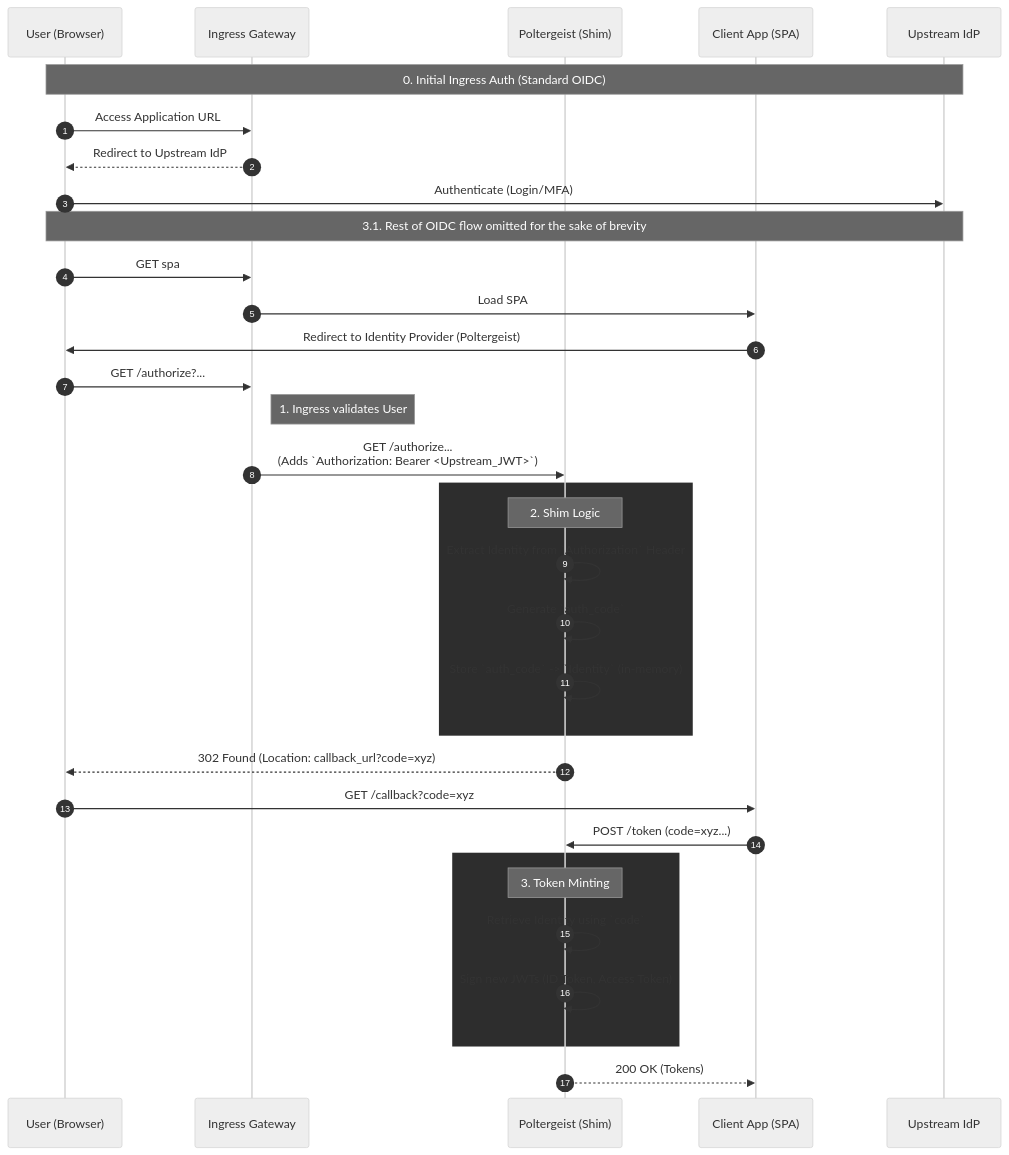
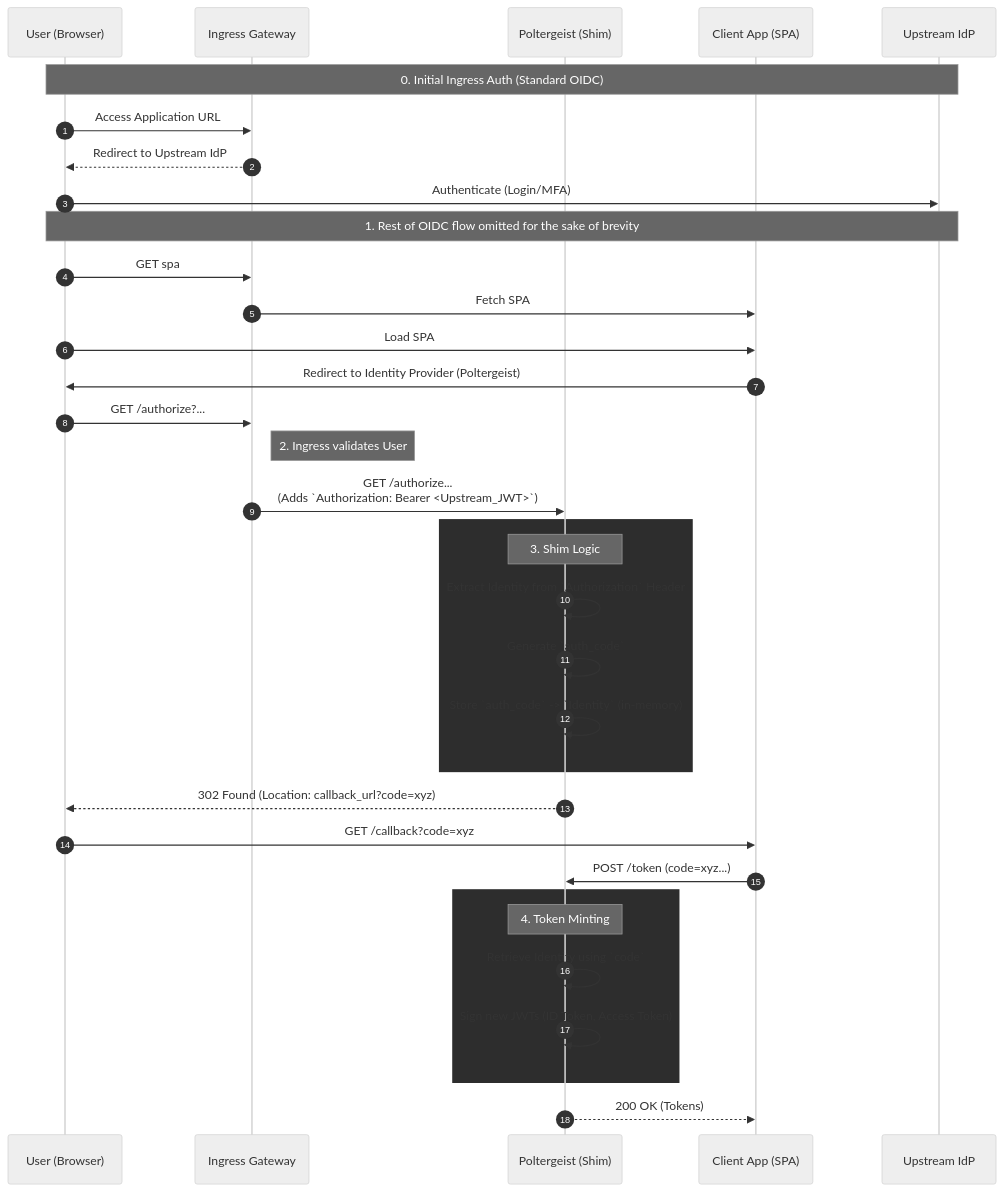
Before and after one commit to calamity-m/poltergeist: the diagram in README.md, drawn with Mermaid (neutral theme).

Commit message:
fix: number notes correctly

````diff
--- a/README.md
+++ b/README.md
@@ -15,43 +15,44 @@
 ```mermaid
 sequenceDiagram
     autonumber
     participant User as User (Browser)
     participant Ingress as Ingress Gateway
     participant Poltergeist as Poltergeist (Shim)
     participant Client as Client App (SPA)
     participant Upstream as Upstream IdP
 
     Note over User, Upstream: 0. Initial Ingress Auth (Standard OIDC)
     User->>Ingress: Access Application URL
     Ingress-->>User: Redirect to Upstream IdP
     User->>Upstream: Authenticate (Login/MFA)
-    Note over User, Upstream: 3.1. Rest of OIDC flow omitted for the sake of brevity
+    Note over User, Upstream: 1. Rest of OIDC flow omitted for the sake of brevity
     
     User->>Ingress: GET spa
-    Ingress->>Client: Load SPA
+    Ingress->>Client: Fetch SPA
+    User->>Client: Load SPA
     Client->>User: Redirect to Identity Provider (Poltergeist)
     
     User->>Ingress: GET /authorize?...
-    Note right of Ingress: 1. Ingress validates User
+    Note right of Ingress: 2. Ingress validates User
     Ingress->>Poltergeist: GET /authorize... <br/>(Adds `Authorization: Bearer <Upstream_JWT>`)
     
     rect rgb(45, 45, 45)
-    Note over Poltergeist: 2. Shim Logic
+    Note over Poltergeist: 3. Shim Logic
     Poltergeist->>Poltergeist: Extract Identity from `Authorization` Header
     Poltergeist->>Poltergeist: Generate `auth_code`
     Poltergeist->>Poltergeist: Store `auth_code` -> `Identity` (in-memory)
     end
     
     Poltergeist-->>User: 302 Found (Location: callback_url?code=xyz)
     
     User->>Client: GET /callback?code=xyz
     Client->>Poltergeist: POST /token (code=xyz...)
     
     rect rgb(45, 45, 45)
-    Note over Poltergeist: 3. Token Minting
+    Note over Poltergeist: 4. Token Minting
     Poltergeist->>Poltergeist: Retrieve Identity using `code`
     Poltergeist->>Poltergeist: Sign new JWTs (ID Token, Access Token)
     end
     
     Poltergeist-->>Client: 200 OK (Tokens)
 ```
````
